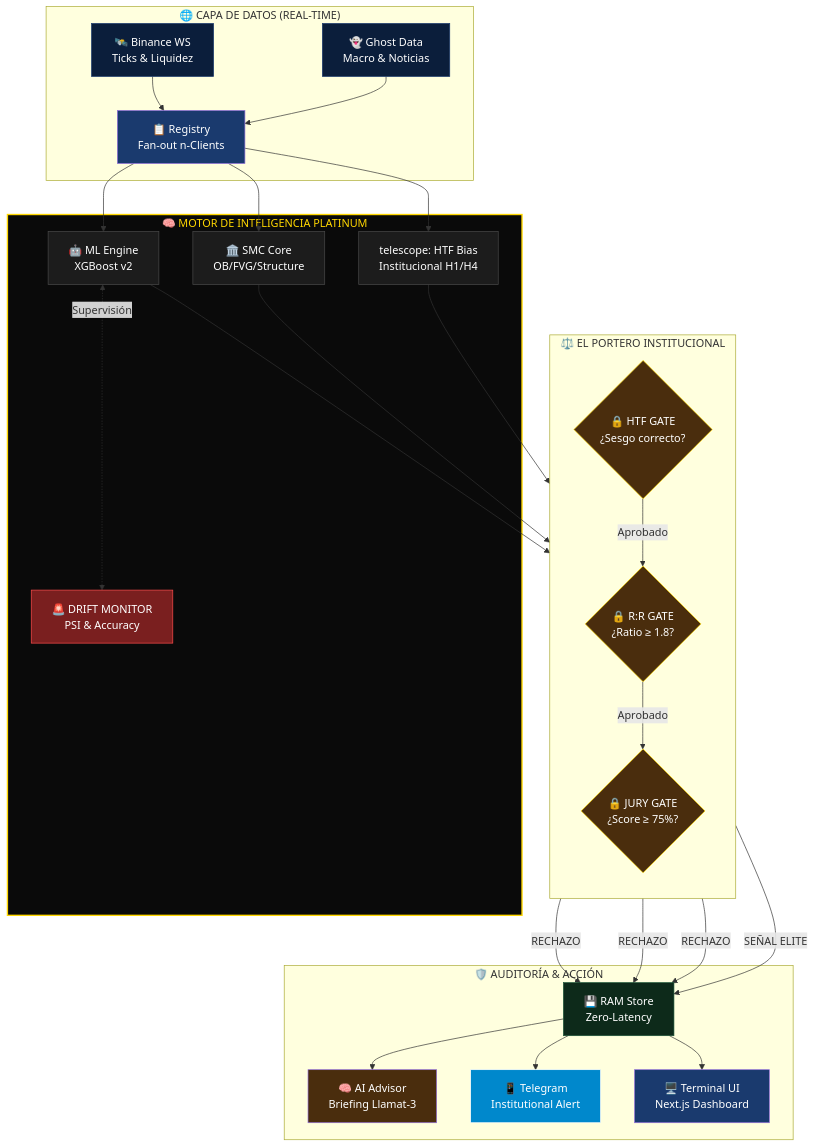
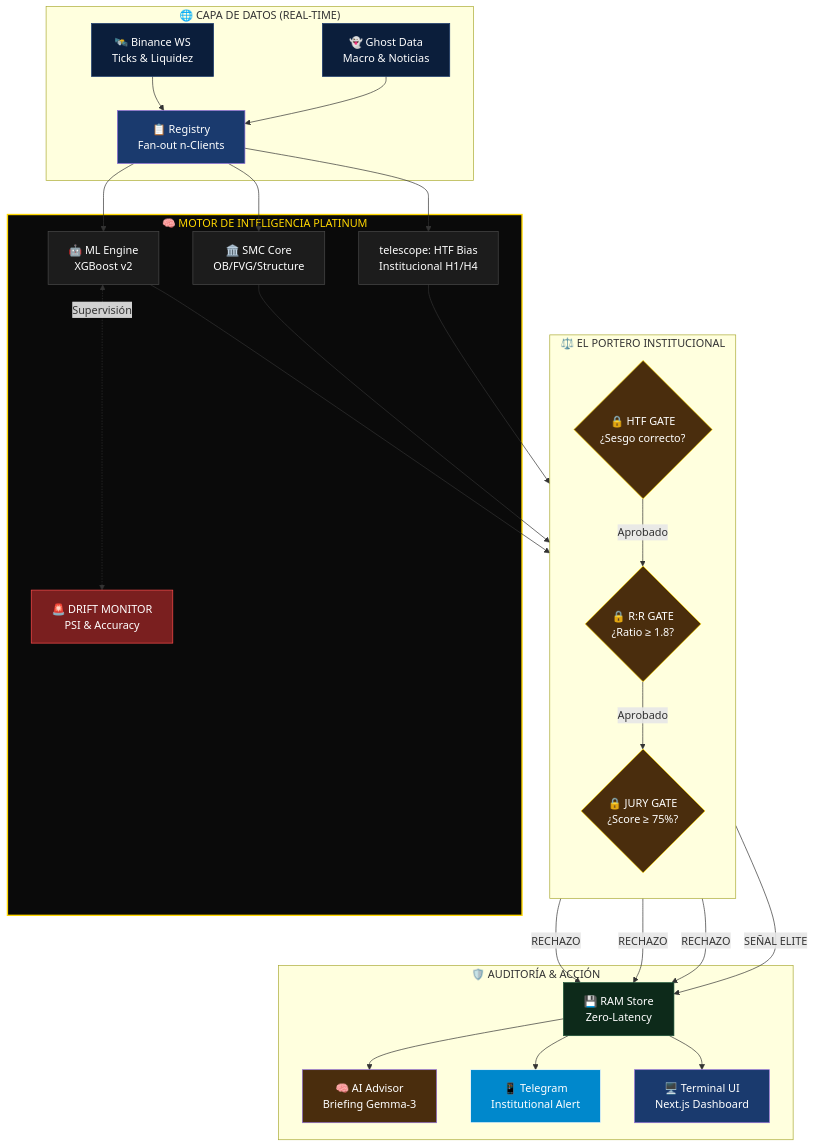
One commit to matiquelmec/Slingshot changed the diagram in docs/FLOW_DIAGRAM_V4.md. Above: the diagram before and after it, drawn with Mermaid. The commit also changed other lines of this file and 3 other files, not shown here.

````diff
--- a/docs/FLOW_DIAGRAM_V4.md
+++ b/docs/FLOW_DIAGRAM_V4.md
@@ -18,66 +18,66 @@
 ```mermaid
 flowchart TD
     %% --- CAPA DE INGESTA (TELEMETRÍA) ---
     subgraph DATA_LAYER ["🌐 CAPA DE DATOS (REAL-TIME)"]
         BN["🛰️ Binance WS\nTicks & Liquidez"]
         GH["👻 Ghost Data\nMacro & Noticias"]
         REG["📋 Registry\nFan-out n-Clients"]
     end
 
     %% --- MOTOR DE INTELIGENCIA (EL CEREBRO) ---
     subgraph ENGINE_LAYER ["🧠 MOTOR DE INTELIGENCIA PLATINUM"]
         ML["🤖 ML Engine\nXGBoost v2"]
         DRIFT["🚨 DRIFT MONITOR\nPSI & Accuracy"]
         SMC["🏛️ SMC Core\nOB/FVG/Structure"]
         HTF[" telescope: HTF Bias\nInstitucional H1/H4"]
     end
 
     %% --- PORTEROS DE RIESGO (LOS FILTROS) ---
     subgraph RISK_LAYER ["⚖️ EL PORTERO INSTITUCIONAL"]
         direction TB
         G1{"🔒 HTF GATE\n¿Sesgo correcto?"}
         G2{"🔒 R:R GATE\n¿Ratio ≥ 1.8?"}
         G3{"🔒 JURY GATE\n¿Score ≥ 75%?"}
     end
 
     %% --- CAPA DE PERSISTENCIA Y SALIDA ---
     subgraph OUTPUT_LAYER ["🛡️ AUDITORÍA & ACCIÓN"]
         RAM["💾 RAM Store\nZero-Latency"]
-        ADV["🧠 AI Advisor\nBriefing Llamat-3"]
+        ADV["🧠 AI Advisor\nBriefing Gemma-3"]
         TG["📱 Telegram\nInstitutional Alert"]
         UI["🖥️ Terminal UI\nNext.js Dashboard"]
     end
 
     %% --- CONEXIONES ---
     BN & GH --> REG
     REG --> ML & SMC & HTF
     ML <-.->|Supervisión| DRIFT
     
     ML & SMC & HTF --> G1
     G1 -- "Aprobado" --> G2
     G2 -- "Aprobado" --> G3
     G1 & G2 & G3 -- "RECHAZO" --> RAM
     
     G3 -- "SEÑAL ELITE" --> RAM
     RAM --> ADV & TG & UI
 
     %% --- ESTILOS PLATINUM ---
     style BN fill:#0b1e3b,color:#fff,stroke:#1a3a6e
     style GH fill:#0b1e3b,color:#fff,stroke:#1a3a6e
     style REG fill:#1a3a6e,color:#fff
     
     style ENGINE_LAYER fill:#0a0a0a,color:#ffd700,stroke:#ffd700,stroke-width:2px
     style ML fill:#1c1c1c,color:#fff,stroke:#4a4a4a
     style DRIFT fill:#7a1f1f,color:#fff,stroke:#ff4d4d
     style SMC fill:#1c1c1c,color:#fff,stroke:#4a4a4a
     style HTF fill:#1c1c1c,color:#fff,stroke:#4a4a4a
 
     style G1 fill:#4a2d0d,color:#fff,stroke:#ffd700
     style G2 fill:#4a2d0d,color:#fff,stroke:#ffd700
     style G3 fill:#4a2d0d,color:#fff,stroke:#ffd700
 
     style RAM fill:#0d2a1a,color:#fff,stroke:#1a5236
     style TG fill:#0088cc,color:#fff,stroke:#fff
     style UI fill:#1a3a6e,color:#fff
     style ADV fill:#4a2d0d,color:#fff
 ```
````
